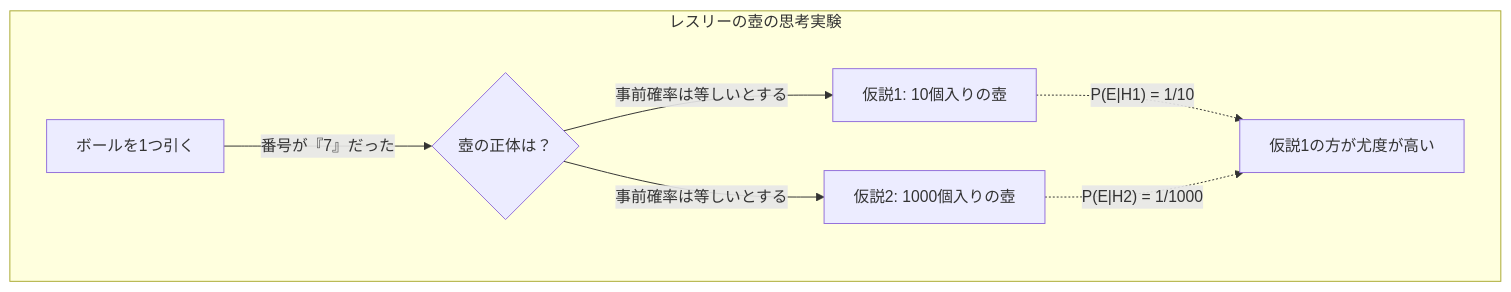
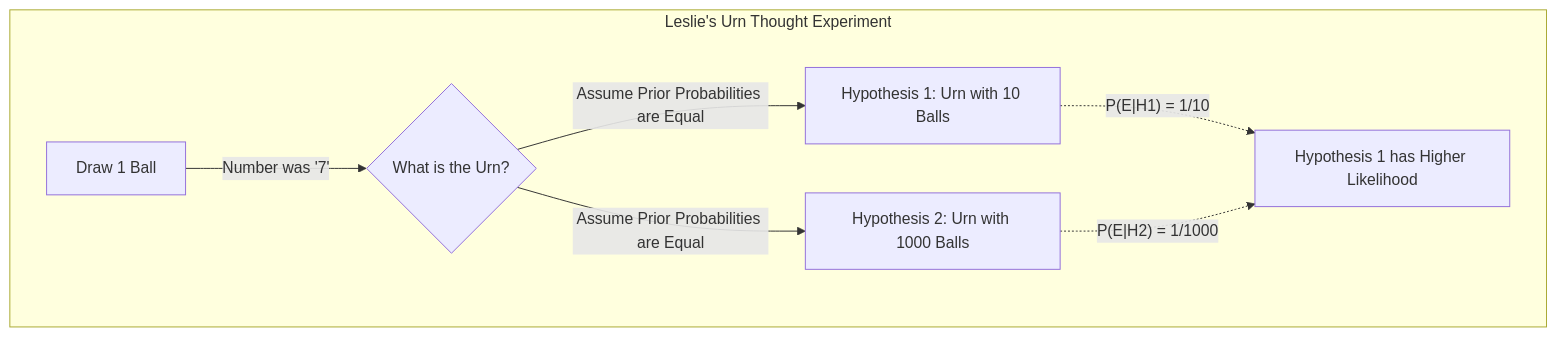
One commit to kenjinote/blog changed the first of 5 diagrams in content/post/doomsday-argument/index.en.md. Above: the diagram before and after it, drawn with Mermaid. The commit also changed other lines of this file and 28 other files, not shown here.

Commit message:
Translate Japanese text inside Mermaid diagrams to respective languages

````diff
--- a/content/post/doomsday-argument/index.en.md
+++ b/content/post/doomsday-argument/index.en.md
@@ -51,10 +51,10 @@
 ```mermaid
 graph TD
-    subgraph "レスリーの壺の思考実験"
-        A["ボールを1つ引く"] -->|"番号が『7』だった"| B{"壺の正体は？"}
-        B -->|"事前確率は等しいとする"| C["仮説1: 10個入りの壺"]
-        B -->|"事前確率は等しいとする"| D["仮説2: 1000個入りの壺"]
-        C -.->|"P(E|H1) = 1/10"| E["仮説1の方が尤度が高い"]
+    subgraph "Leslie's Urn Thought Experiment"
+        A["Draw 1 Ball"] -->|"Number was '7'"| B{"What is the Urn?"}
+        B -->|"Assume Prior Probabilities are Equal"| C["Hypothesis 1: Urn with 10 Balls"]
+        B -->|"Assume Prior Probabilities are Equal"| D["Hypothesis 2: Urn with 1000 Balls"]
+        C -.->|"P(E|H1) = 1/10"| E["Hypothesis 1 has Higher Likelihood"]
         D -.->|"P(E|H2) = 1/1000"| E
     end
 ```
````
